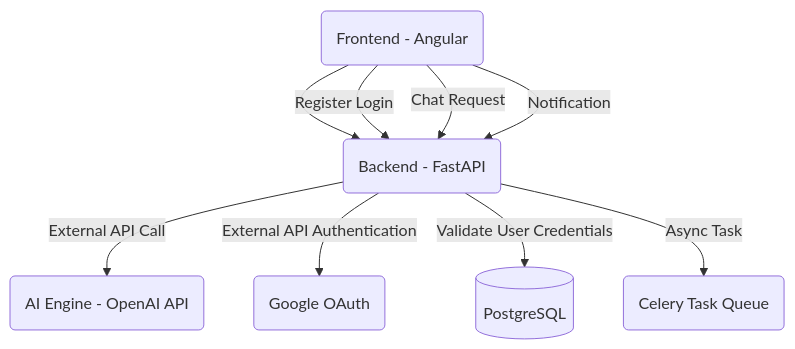
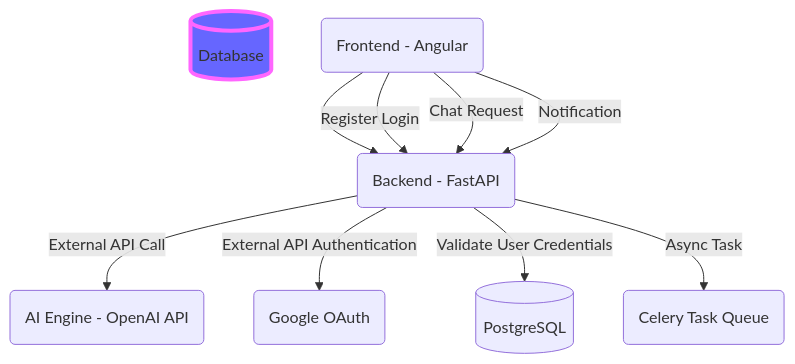
One commit to Joy-Ese/JayBank-Support-App changed the diagram in mermaid.md. Above: the diagram before and after it, drawn with Mermaid.

````diff
--- a/mermaid.md
+++ b/mermaid.md
@@ -2,11 +2,15 @@
 ``` mermaid
 flowchart TD;
+    id1[(Database)]
+    
     FE("Frontend - Angular") --> BE("Backend - FastAPI")
     BE -->|External API Call| AI("AI Engine - OpenAI API")
     BE -->|External API Authentication| JWT("Google OAuth")
     FE -->|Register Login| BE
     FE -->|Chat Request| BE
     FE -->|Notification| BE
     BE -->|Validate User Credentials| Database[(PostgreSQL)]
     BE -->|Async Task| Queue("Celery Task Queue")
+
+    style id1 fill:#66f,stroke:#f6f,stroke-width:4px
 ```
````
